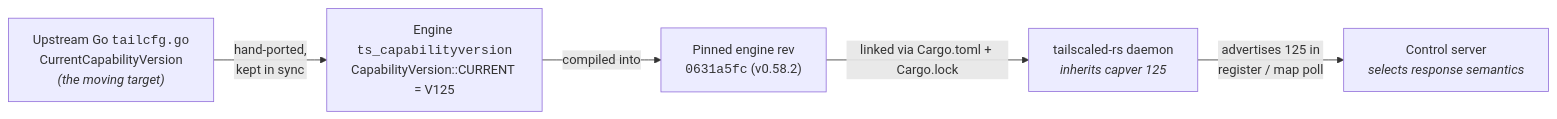
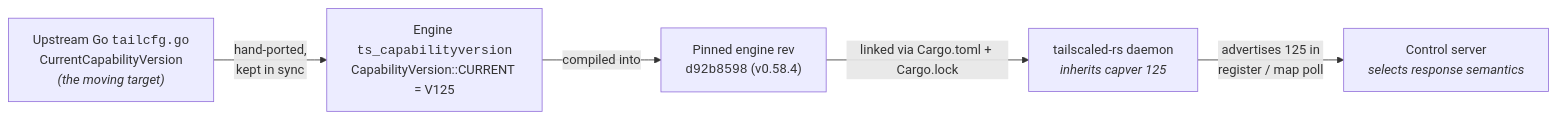
The diagram in docs/ENGINE.md (GeiserX/tailscaled-rs), drawn with Mermaid before and after one commit. The commit also changed other lines of this file and 5 other files, not shown here.

````diff
--- a/docs/ENGINE.md
+++ b/docs/ENGINE.md
@@ -207,8 +207,8 @@
 ```mermaid
 flowchart LR
     GO["Upstream Go <code>tailcfg.go</code><br/>CurrentCapabilityVersion<br/><i>(the moving target)</i>"]
       -->|"hand-ported,<br/>kept in sync"| ENG_SRC["Engine <code>ts_capabilityversion</code><br/>CapabilityVersion::CURRENT = V125"]
-    ENG_SRC -->|"compiled into"| REV["Pinned engine rev<br/><code>0631a5fc</code> (v0.58.2)"]
+    ENG_SRC -->|"compiled into"| REV["Pinned engine rev<br/><code>d92b8598</code> (v0.58.4)"]
     REV -->|"linked via Cargo.toml + Cargo.lock"| DAEMON["tailscaled-rs daemon<br/><i>inherits capver 125</i>"]
     DAEMON -->|"advertises 125 in<br/>register / map poll"| CTRL["Control server<br/><i>selects response semantics</i>"]
 ```
````
